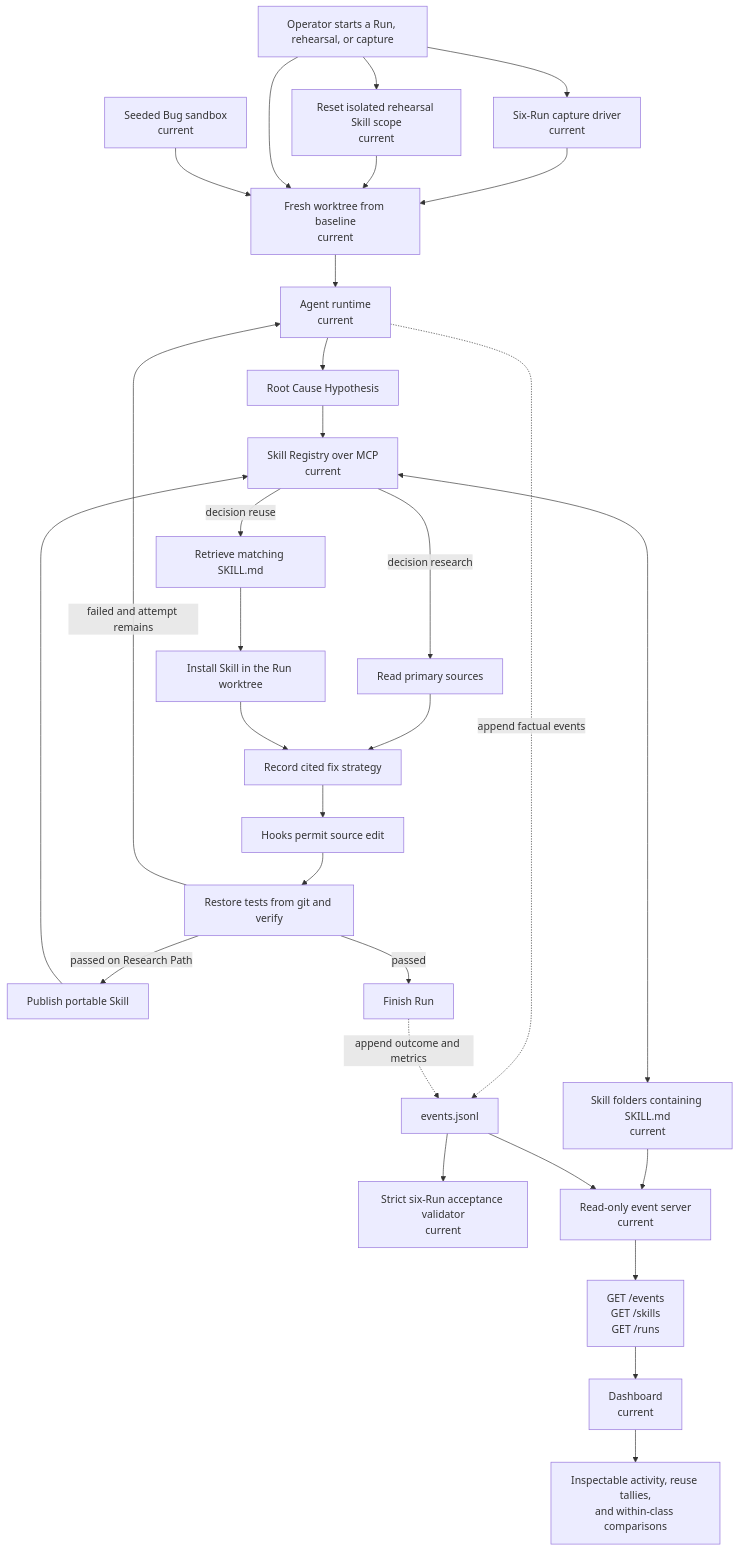
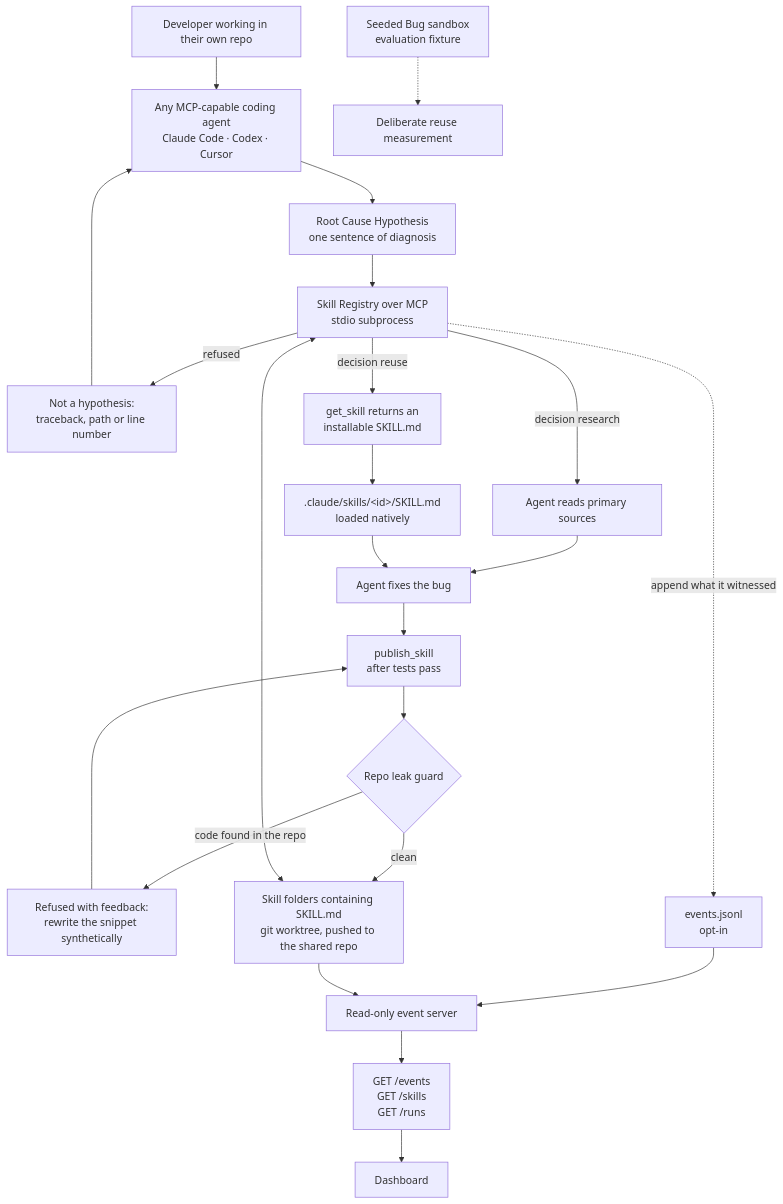
The second of 2 diagrams in docs/architecture/README.md (arnv15/Kintsugi), drawn with Mermaid before and after one commit. The commit also changed other lines of this file and 25 other files, not shown here.

Commit message:
- Add a registry-level event log - Mark ADR 0008-0013 superseded and added ADR 0014 - Remove Codex prototype demo

````diff
--- a/docs/architecture/README.md
+++ b/docs/architecture/README.md
@@ -87,35 +68,30 @@
 ```mermaid
 flowchart TD
-  operator["Operator starts a Run, rehearsal, or capture"] --> capture["Six-Run capture driver<br/>current"]
-  capture --> worktree["Fresh worktree from baseline<br/>current"]
-  operator --> scope["Reset isolated rehearsal Skill scope<br/>current"]
-  scope --> worktree["Fresh worktree from baseline<br/>current"]
-  operator --> worktree
-  sandbox["Seeded Bug sandbox<br/>current"] --> worktree
-  worktree --> agent["Agent runtime<br/>current"]
-  agent --> hypothesis["Root Cause Hypothesis"]
-  hypothesis --> registry["Skill Registry over MCP<br/>current"]
+  user["Developer working in their own repo"] --> agent["Any MCP-capable coding agent<br/>Claude Code · Codex · Cursor"]
+  agent --> hypothesis["Root Cause Hypothesis<br/>one sentence of diagnosis"]
+  hypothesis --> registry["Skill Registry over MCP<br/>stdio subprocess"]
 
-  registry -->|decision research| research["Read primary sources"]
-  registry -->|decision reuse| retrieved["Retrieve matching SKILL.md"]
-  research --> strategy["Record cited fix strategy"]
-  retrieved --> install["Install Skill in the Run worktree"]
-  install --> strategy
+  registry -->|"refused"| guard["Not a hypothesis:<br/>traceback, path or line number"]
+  guard --> agent
 
-  strategy --> edit["Hooks permit source edit"]
-  edit --> verify["Restore tests from git and verify"]
-  verify -->|failed and attempt remains| agent
-  verify -->|passed on Research Path| publish["Publish portable Skill"]
-  publish --> registry
-  verify -->|passed| finish["Finish Run"]
+  registry -->|"decision research"| research["Agent reads primary sources"]
+  registry -->|"decision reuse"| retrieved["get_skill returns an<br/>installable SKILL.md"]
+  retrieved --> install[".claude/skills/&lt;id&gt;/SKILL.md<br/>loaded natively"]
 
-  agent -. "append factual events" .-> log["events.jsonl"]
-  finish -. "append outcome and metrics" .-> log
-  log --> validate["Strict six-Run acceptance validator<br/>current"]
-  registry <--> store["Skill folders containing SKILL.md<br/>current"]
-  store --> eventServer["Read-only event server<br/>current"]
-  log --> eventServer
+  research --> fix["Agent fixes the bug"]
+  install --> fix
+  fix --> publish["publish_skill<br/>after tests pass"]
+  publish --> leak{"Repo leak guard"}
+  leak -->|"code found in the repo"| rewrite["Refused with feedback:<br/>rewrite the snippet synthetically"]
+  rewrite --> publish
+  leak -->|"clean"| store["Skill folders containing SKILL.md<br/>git worktree, pushed to the shared repo"]
+
+  registry <--> store
+  registry -. "append what it witnessed" .-> log["events.jsonl<br/>opt-in"]
+  log --> eventServer["Read-only event server"]
+  store --> eventServer
   eventServer --> endpoints["GET /events<br/>GET /skills<br/>GET /runs"]
-  endpoints --> dashboard["Dashboard<br/>current"]
-  dashboard --> audience["Inspectable activity, reuse tallies,<br/>and within-class comparisons"]
+  endpoints --> dashboard["Dashboard"]
+
+  sandbox["Seeded Bug sandbox<br/>evaluation fixture"] -.-> measure["Deliberate reuse measurement"]
 ```
````
